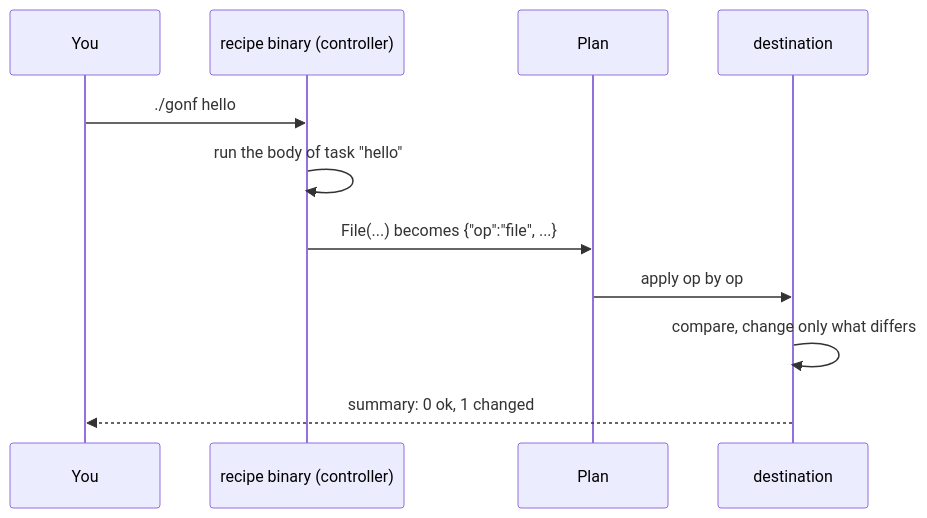
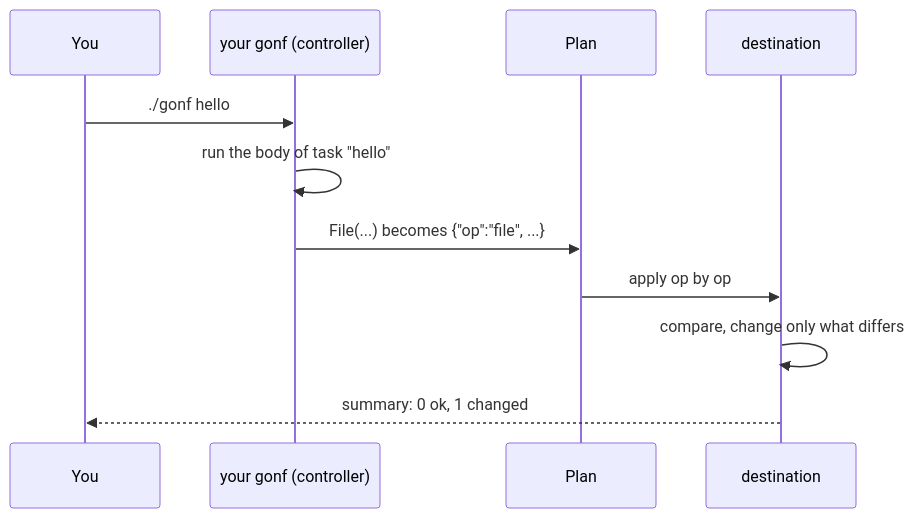
Before and after one commit to snonux/gonf: the diagram in docs/tutorial/img/src/ch01-1.mmd, drawn with Mermaid. The commit also changed 32 other files, not shown here.

First line of the commit message:
docs: call the built program gonf, not a recipe (#12)

```diff
--- a/docs/tutorial/img/src/ch01-1.mmd
+++ b/docs/tutorial/img/src/ch01-1.mmd
@@ -1,11 +1,11 @@
 sequenceDiagram
     participant You
-    participant Recipe as recipe binary (controller)
+    participant Recipe as your gonf (controller)
     participant Plan
     participant Dest as destination
     You->>Recipe: ./gonf hello
     Recipe->>Recipe: run the body of task "hello"
     Recipe->>Plan: File(...) becomes {"op":"file", ...}
     Plan->>Dest: apply op by op
     Dest->>Dest: compare, change only what differs
     Dest-->>You: summary: 0 ok, 1 changed
```
